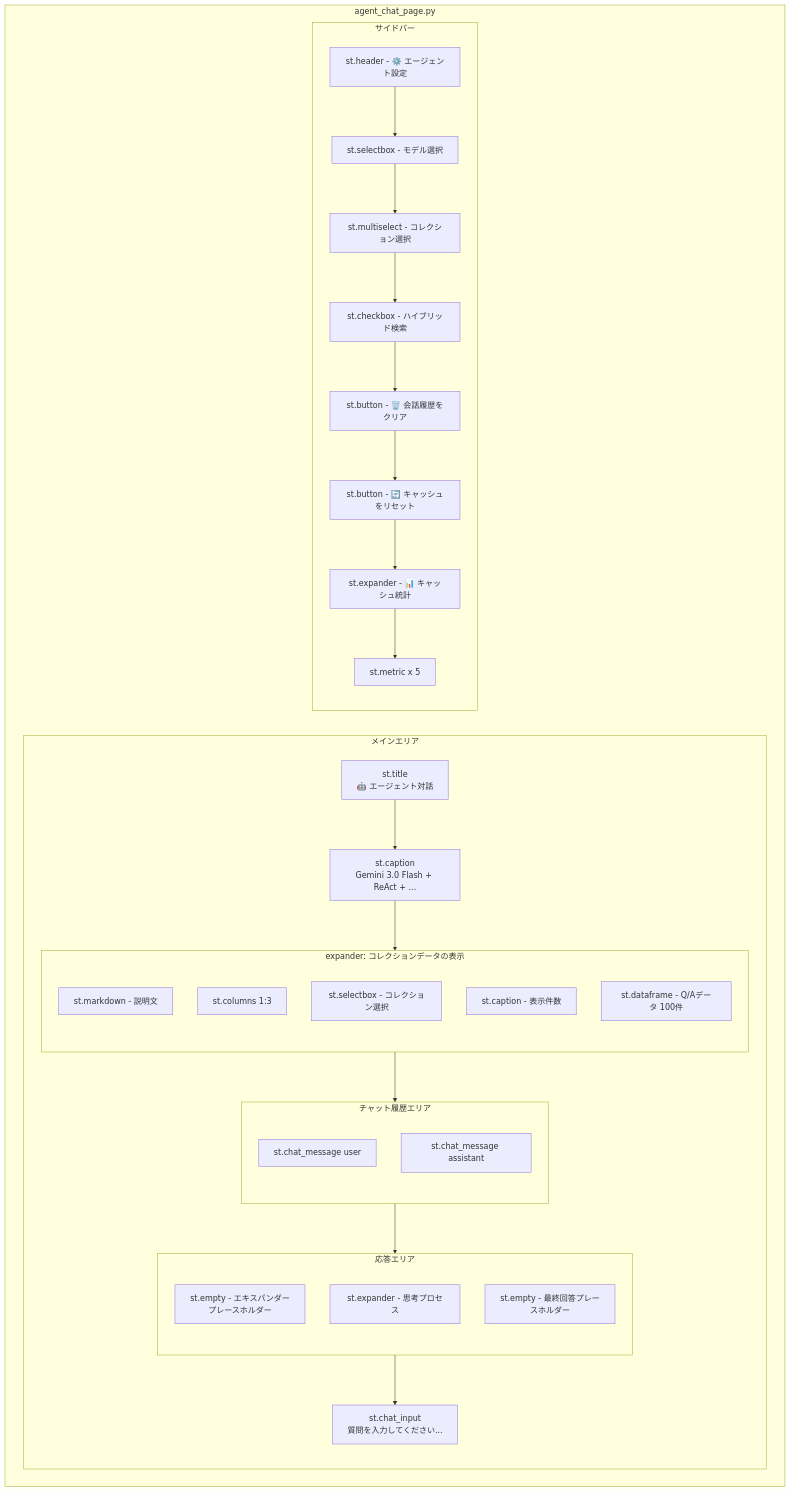
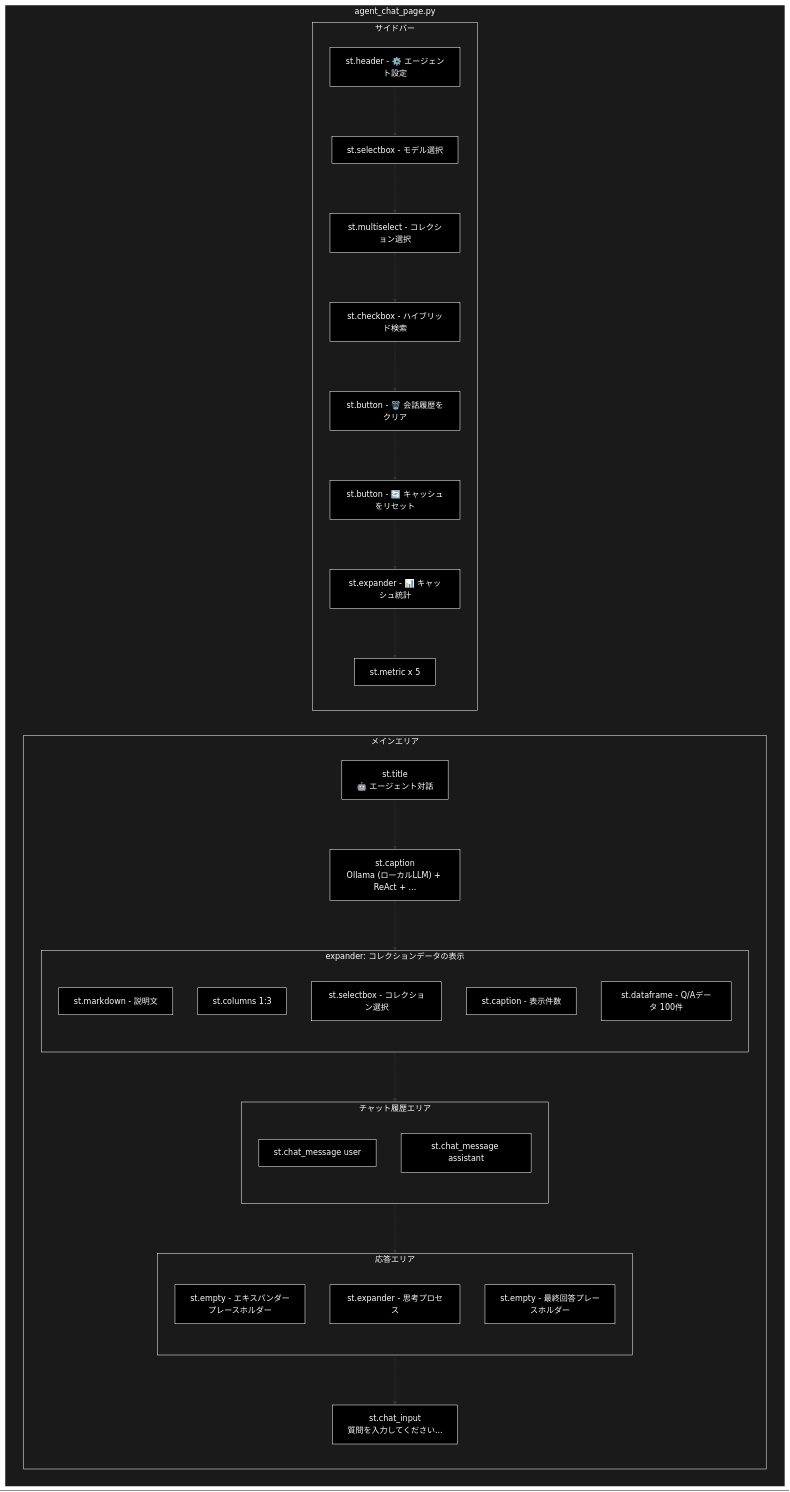
One commit to nakashima2toshio/ollama_grace_agent_v2 changed the second of 7 diagrams in ui/doc/agent_chat_page.md. Above: the diagram before and after it, drawn with Mermaid. The commit also changed other lines of this file and 10 other files, not shown here.

````diff
--- a/ui/doc/agent_chat_page.md
+++ b/ui/doc/agent_chat_page.md
@@ -85,44 +91,53 @@
 ```mermaid
 flowchart TB
     subgraph PAGE["agent_chat_page.py"]
         subgraph MAIN_AREA["メインエリア"]
             TITLE["st.title<br/>🤖 エージェント対話"]
-            CAPTION["st.caption<br/>Gemini 3.0 Flash + ReAct + ..."]
+            CAPTION["st.caption<br/>Ollama (ローカルLLM) + ReAct + ..."]
 
             subgraph EXP_DATA["expander: コレクションデータの表示"]
                 ED1["st.markdown - 説明文"]
                 ED2["st.columns 1:3"]
                 ED3["st.selectbox - コレクション選択"]
                 ED4["st.caption - 表示件数"]
                 ED5["st.dataframe - Q/Aデータ 100件"]
             end
 
             subgraph CHAT_AREA["チャット履歴エリア"]
                 CA1["st.chat_message user"]
                 CA2["st.chat_message assistant"]
             end
 
             subgraph RESPONSE["応答エリア"]
                 R1["st.empty - エキスパンダープレースホルダー"]
                 R2["st.expander - 思考プロセス"]
                 R3["st.empty - 最終回答プレースホルダー"]
             end
 
             INPUT["st.chat_input<br/>質問を入力してください..."]
         end
 
         subgraph SIDEBAR_AREA["サイドバー"]
             SH["st.header - ⚙️ エージェント設定"]
             SS["st.selectbox - モデル選択"]
             SM["st.multiselect - コレクション選択"]
             SC["st.checkbox - ハイブリッド検索"]
             SB1["st.button - 🗑️ 会話履歴をクリア"]
             SB2["st.button - 🔄 キャッシュをリセット"]
             SE["st.expander - 📊 キャッシュ統計"]
             METRICS["st.metric x 5"]
         end
     end
 
     TITLE --> CAPTION --> EXP_DATA --> CHAT_AREA --> RESPONSE --> INPUT
     SH --> SS --> SM --> SC --> SB1 --> SB2 --> SE --> METRICS
+classDef default fill:#000,stroke:#fff,color:#fff
+classDef subgraphStyle fill:#1a1a1a,stroke:#fff,color:#fff
+class TITLE,CAPTION,ED1,ED2,ED3,ED4,ED5,CA1,CA2,R1,R2,R3,INPUT,SH,SS,SM,SC,SB1,SB2,SE,METRICS default
+style PAGE fill:#1a1a1a,stroke:#fff,color:#fff
+style MAIN_AREA fill:#1a1a1a,stroke:#fff,color:#fff
+style EXP_DATA fill:#1a1a1a,stroke:#fff,color:#fff
+style CHAT_AREA fill:#1a1a1a,stroke:#fff,color:#fff
+style RESPONSE fill:#1a1a1a,stroke:#fff,color:#fff
+style SIDEBAR_AREA fill:#1a1a1a,stroke:#fff,color:#fff
 ```
````
